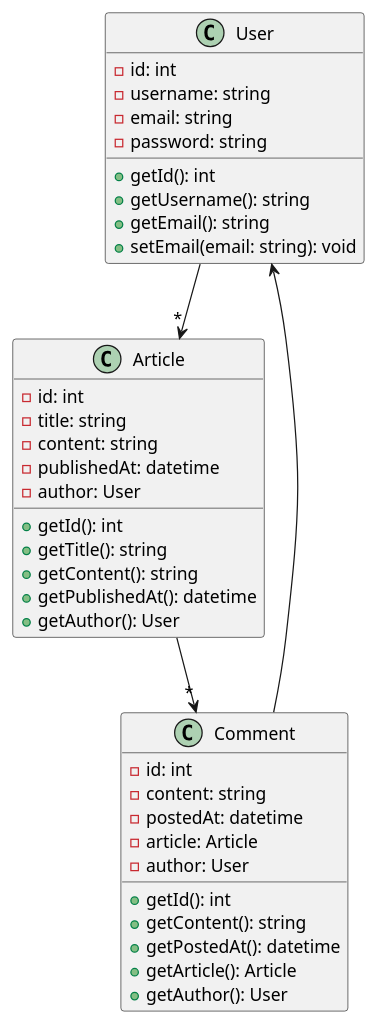
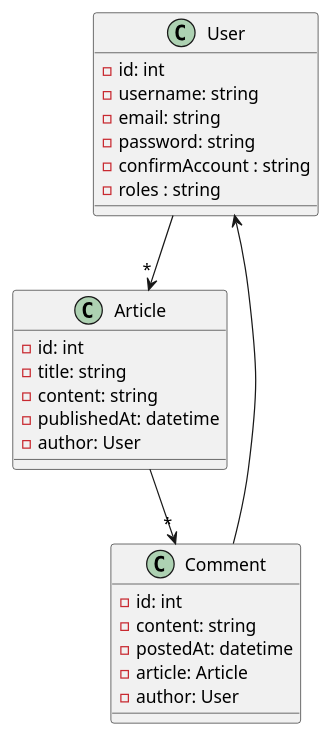
Before and after one commit to Waarrez/Projet-5-Openclassrooms: the diagram in schémas/classe.puml, drawn with PlantUML. The commit also changed 176 other files, not shown here.

```diff
--- a/schémas/classe.puml
+++ b/schémas/classe.puml
@@ -1,44 +1,32 @@
 @startuml
 
 class User {
   - id: int
   - username: string
   - email: string
   - password: string
-  + getId(): int
-  + getUsername(): string
-  + getEmail(): string
-  + setEmail(email: string): void
+  - confirmAccount : string
+  - roles : string
 }
 
 class Article {
   - id: int
   - title: string
   - content: string
   - publishedAt: datetime
   - author: User
-  + getId(): int
-  + getTitle(): string
-  + getContent(): string
-  + getPublishedAt(): datetime
-  + getAuthor(): User
 }
 
 class Comment {
   - id: int
   - content: string
   - postedAt: datetime
   - article: Article
   - author: User
-  + getId(): int
-  + getContent(): string
-  + getPostedAt(): datetime
-  + getArticle(): Article
-  + getAuthor(): User
 }
 
 User --> "*" Article
 Article --> "*" Comment
 Comment --> User
 
 @enduml
```
